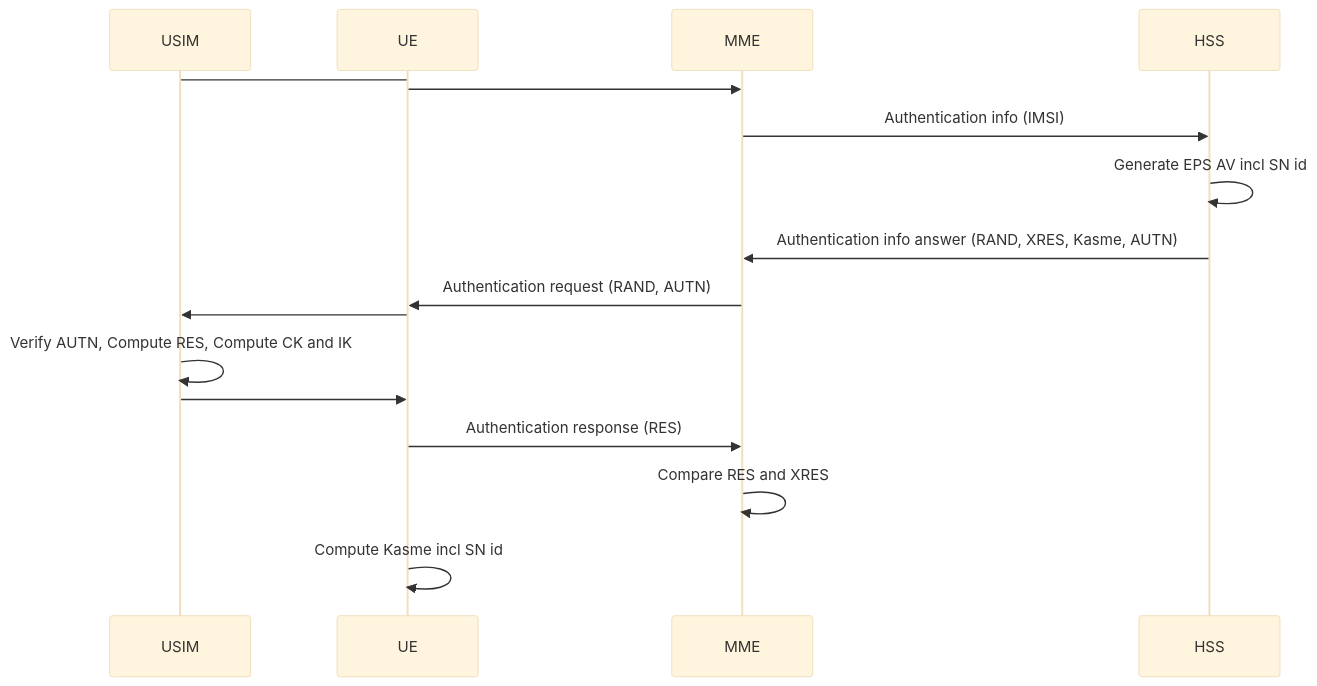
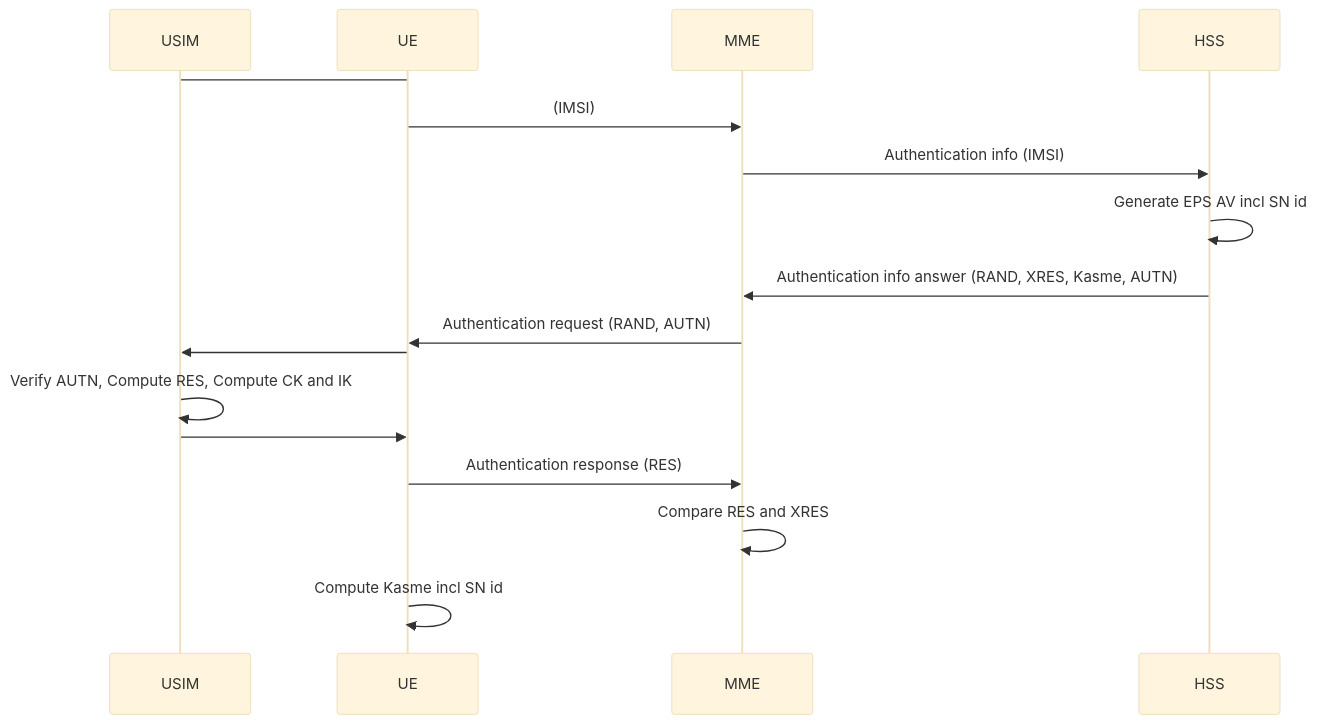
One commit to ThomasRochette/NoteCours changed the diagram in ARM.md. Above: the diagram before and after it, drawn with Mermaid (base theme). The commit also changed other lines of this file, not shown here.

Commit message:
Uploaded by https://stackedit.io/

````diff
--- a/ARM.md
+++ b/ARM.md
@@ -80,15 +80,15 @@
 ```mermaid
 sequenceDiagram
 USIM -> UE: 
-UE ->> MME: 
+UE ->> MME: (IMSI)
 MME ->> HSS: Authentication info (IMSI)
 HSS ->> HSS: Generate EPS AV incl SN id
 HSS ->> MME: Authentication info answer (RAND, XRES, Kasme, AUTN)
 MME ->> UE: Authentication request (RAND, AUTN)
 UE ->> USIM: 
 USIM ->> USIM: Verify AUTN, Compute RES, Compute CK and IK
 USIM ->> UE: 
 UE ->> MME: Authentication response (RES)
 MME ->> MME: Compare RES and XRES
 UE ->> UE: Compute Kasme incl SN id
 ```
````
